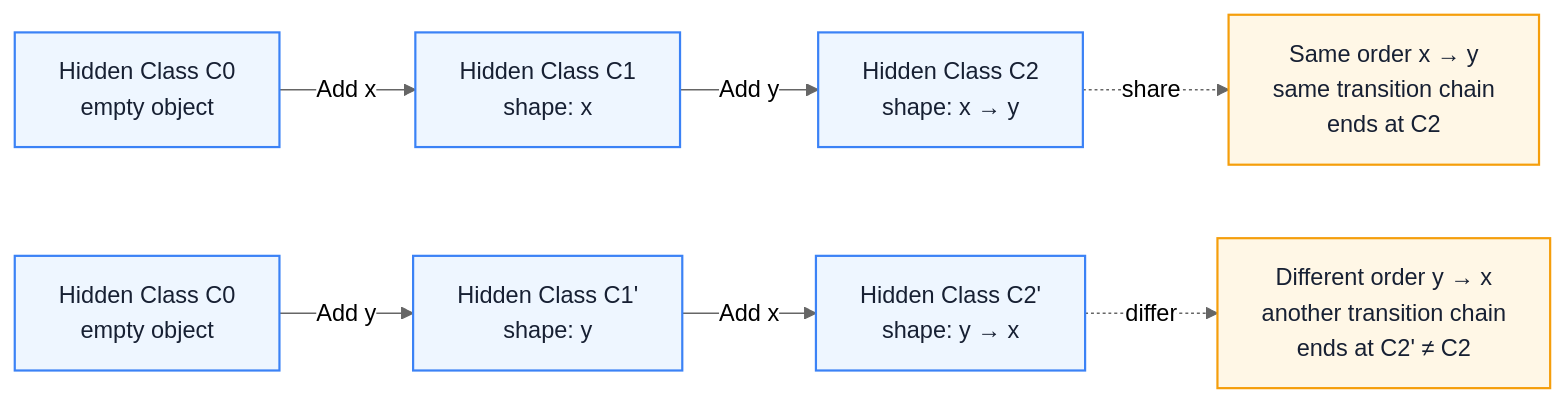
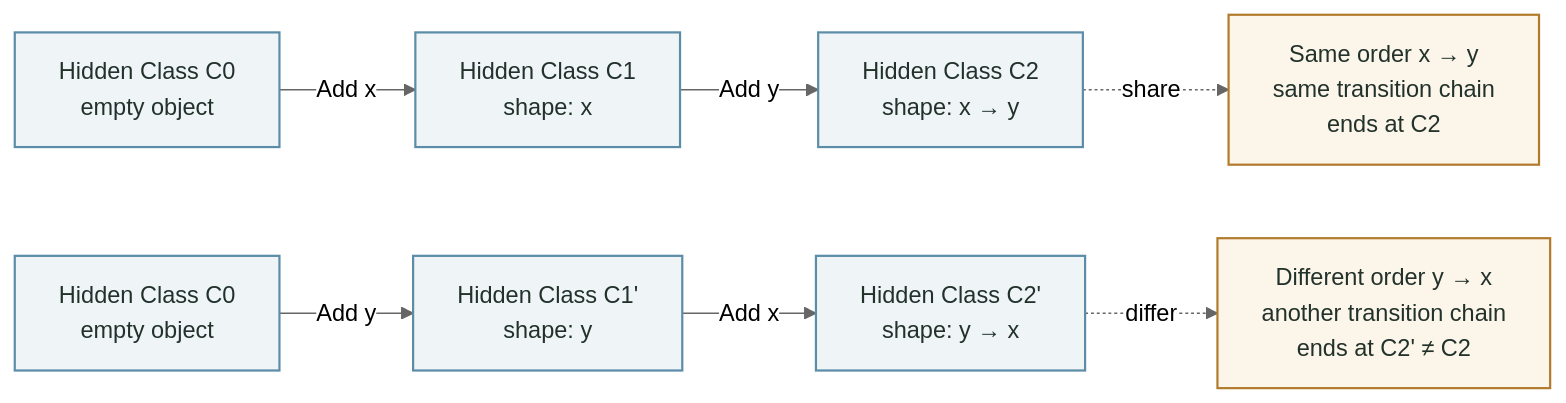
The third of 4 diagrams in docs/en/javascript/v8-jit-gc.md (Fatejian/frontier-vault), drawn with Mermaid (neutral theme) before and after one commit. The commit also changed other lines of this file and 63 other files, not shown here.

````diff
--- a/docs/en/javascript/v8-jit-gc.md
+++ b/docs/en/javascript/v8-jit-gc.md
@@ -193,19 +193,19 @@
 ```mermaid
 flowchart LR
     C0["Hidden Class C0<br/>empty object"] -- "Add x" --> C1["Hidden Class C1<br/>shape: x"]
     C1 -- "Add y" --> C2["Hidden Class C2<br/>shape: x → y"]
 
     C0a["Hidden Class C0<br/>empty object"] -- "Add y" --> C1a["Hidden Class C1'<br/>shape: y"]
     C1a -- "Add x" --> C2a["Hidden Class C2'<br/>shape: y → x"]
 
     Note1["Same order x → y<br/>same transition chain<br/>ends at C2"]
     Note2["Different order y → x<br/>another transition chain<br/>ends at C2' ≠ C2"]
 
     C2 -. "share" .-> Note1
     C2a -. "differ" .-> Note2
 
-    classDef wait fill:#EEF6FF,stroke:#3B82F6,color:#172033,stroke-width:1.5px;
-    classDef block fill:#FFF7E6,stroke:#F59E0B,color:#172033,stroke-width:1.5px;
+    classDef wait fill:#EFF5F7,stroke:#5B8CA8,color:#22322B,stroke-width:1.5px;
+    classDef block fill:#FBF5EA,stroke:#B27B2C,color:#22322B,stroke-width:1.5px;
     class C0,C1,C2,C0a,C1a,C2a wait;
     class Note1,Note2 block;
 ```
````
